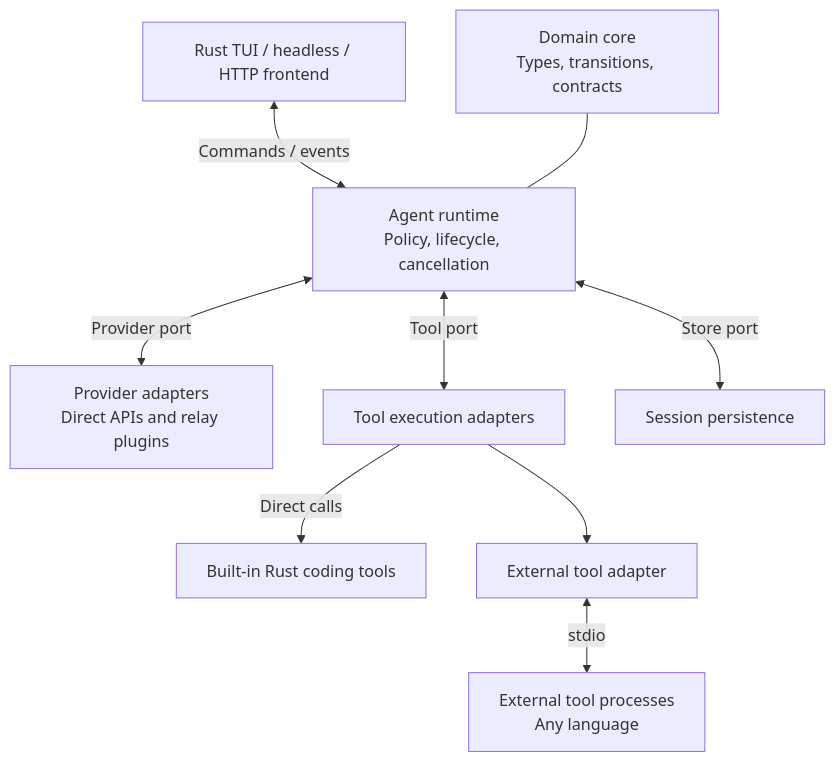
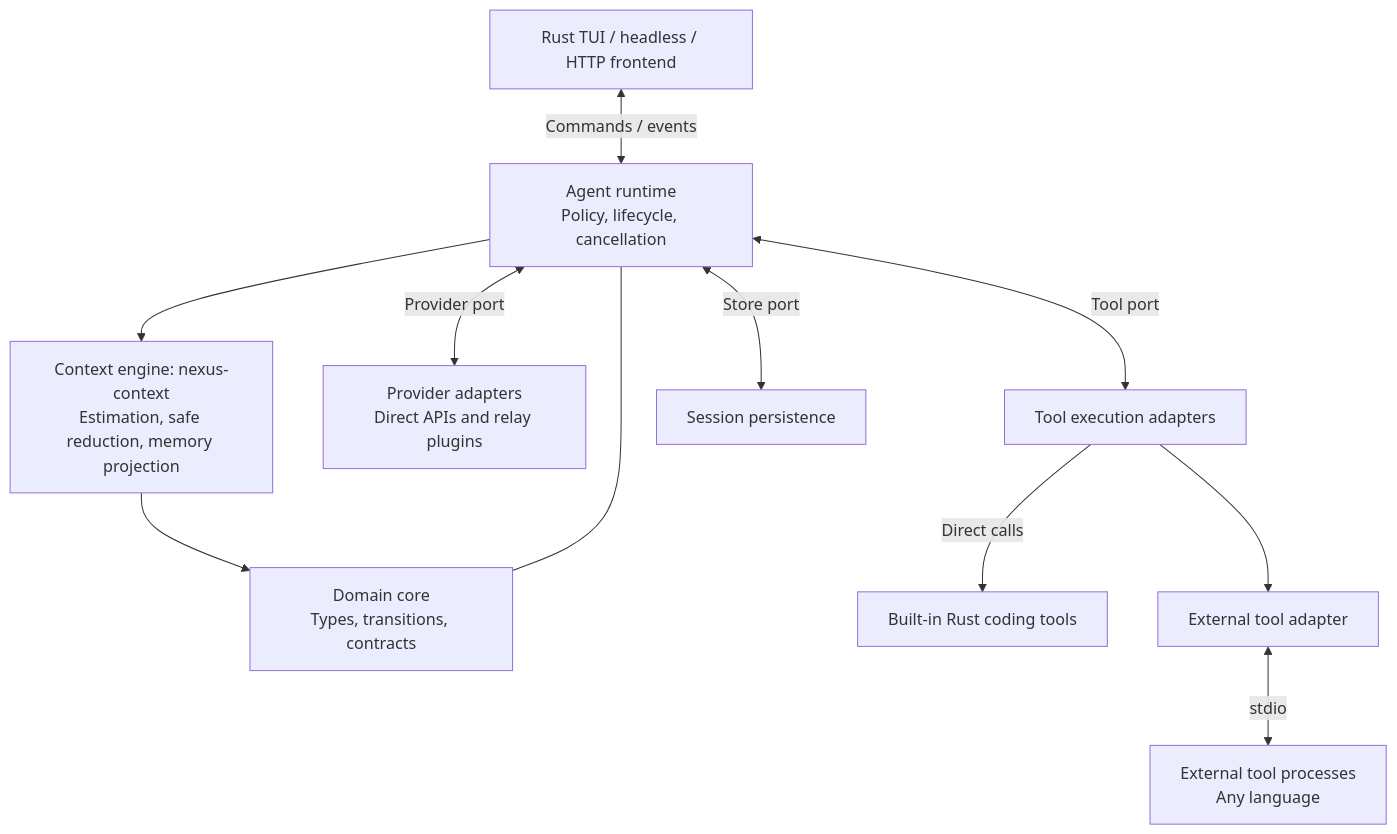
One commit to immane/nexus-agent changed the first of 3 diagrams in README.md. Above: the diagram before and after it, drawn with Mermaid. The commit also changed other lines of this file and 23 other files, not shown here.

````diff
--- a/README.md
+++ b/README.md
@@ -90,21 +90,24 @@
 ```mermaid
 flowchart TB
     Frontend["Rust TUI / headless / HTTP frontend"]
     Core["Domain core<br/>Types, transitions, contracts"]
     Runtime["Agent runtime<br/>Policy, lifecycle, cancellation"]
+    Context["Context engine: nexus-context<br/>Estimation, safe reduction, memory projection"]
     Provider["Provider adapters<br/>Direct APIs and relay plugins"]
     Tools["Tool execution adapters"]
     Store["Session persistence"]
     Builtin["Built-in Rust coding tools"]
     Bridge["External tool adapter"]
     Plugins["External tool processes<br/>Any language"]
 
     Frontend <-->|Commands / events| Runtime
     Core --- Runtime
+    Runtime --> Context
+    Context --> Core
     Runtime <-->|Provider port| Provider
     Runtime <-->|Tool port| Tools
     Runtime <-->|Store port| Store
     Tools -->|Direct calls| Builtin
     Tools --> Bridge
     Bridge <-->|stdio| Plugins
 ```
````
